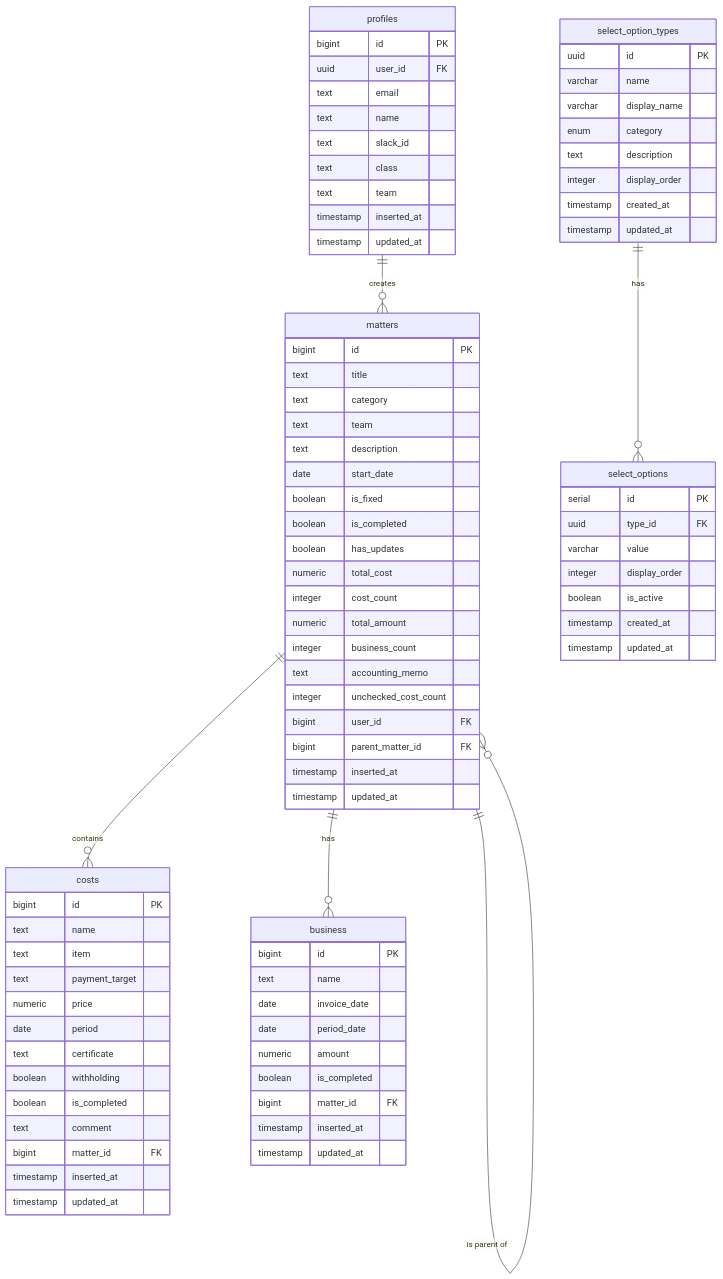
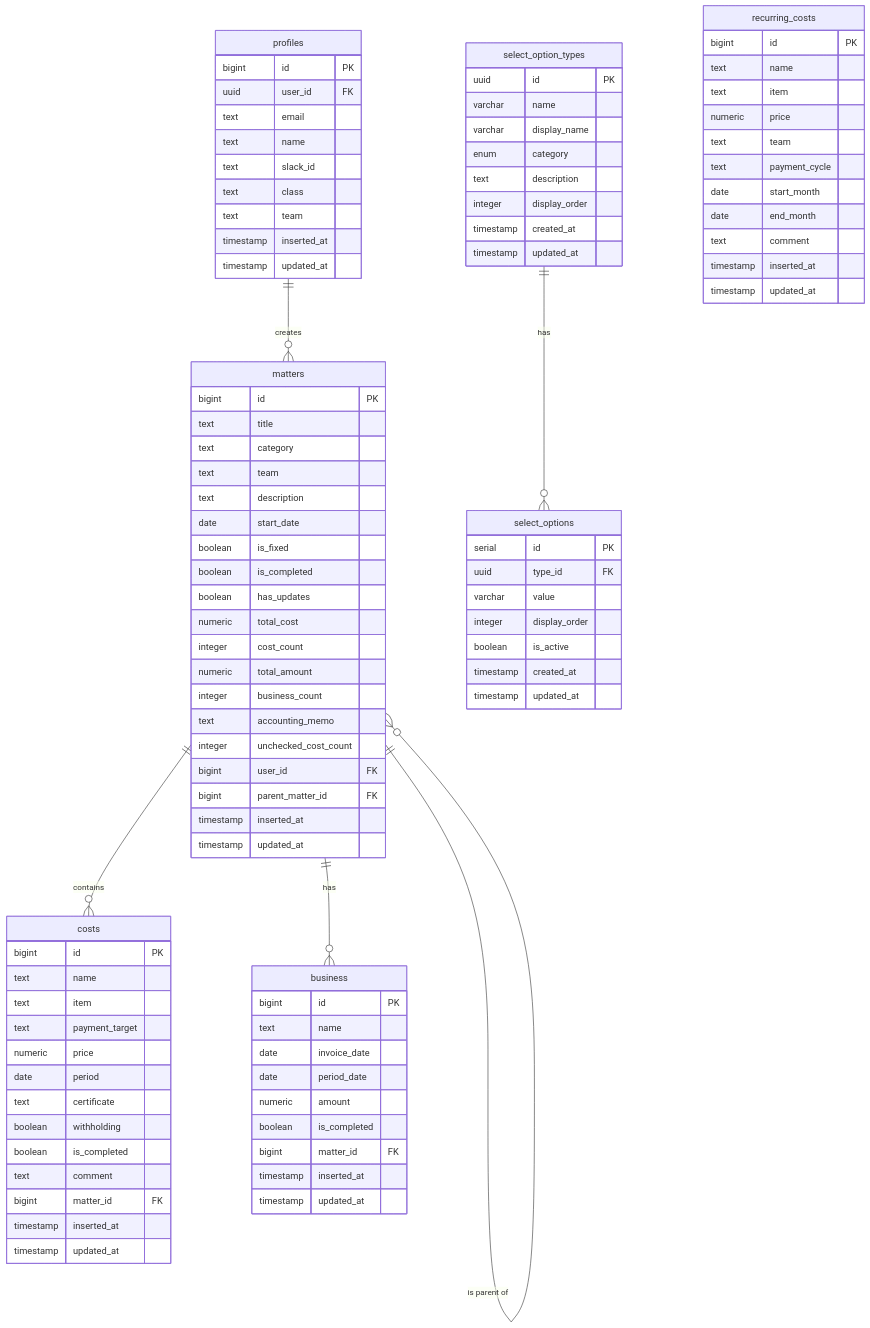
Before and after one commit to Singuralitylabs/accounting-system: the diagram in docs/database.md, drawn with Mermaid. The commit also changed other lines of this file and 23 other files, not shown here.

````diff
--- a/docs/database.md
+++ b/docs/database.md
@@ -673,4 +759,18 @@
         timestamp created_at
         timestamp updated_at
     }
+
+    recurring_costs {
+        bigint id PK
+        text name
+        text item
+        numeric price
+        text team
+        text payment_cycle
+        date start_month
+        date end_month
+        text comment
+        timestamp inserted_at
+        timestamp updated_at
+    }
 ```
````
